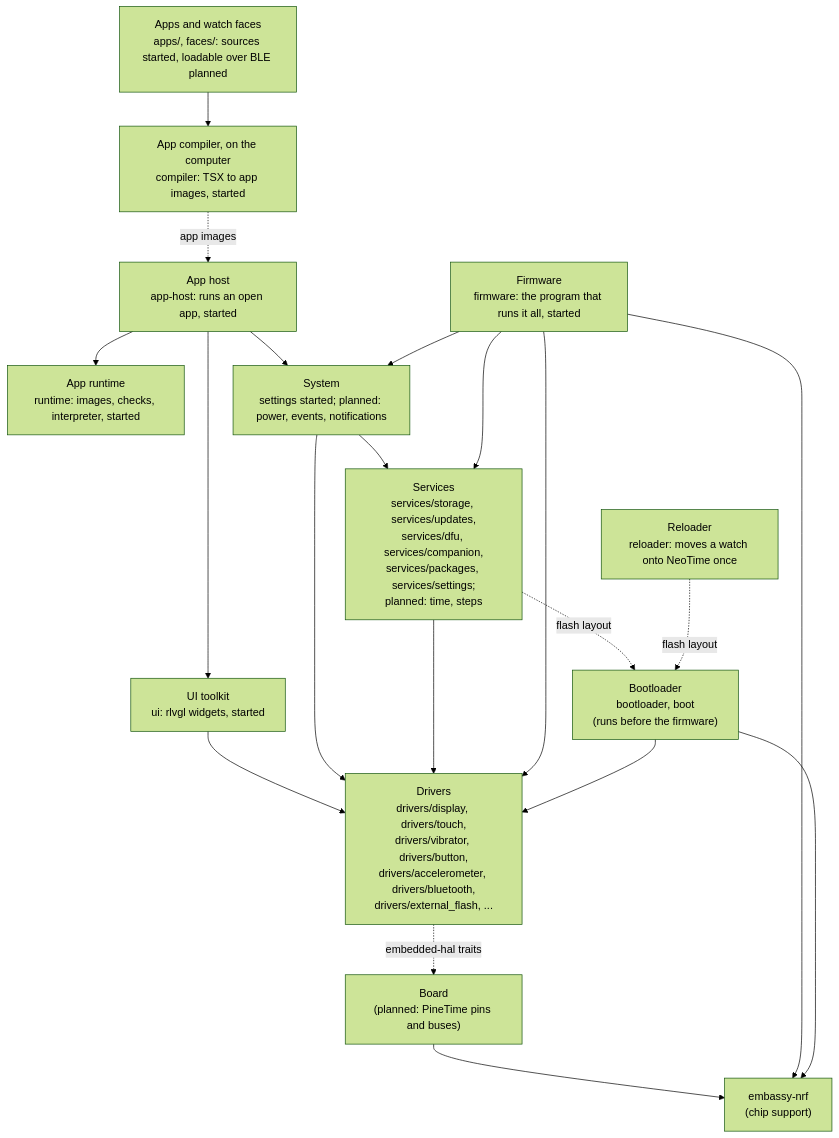
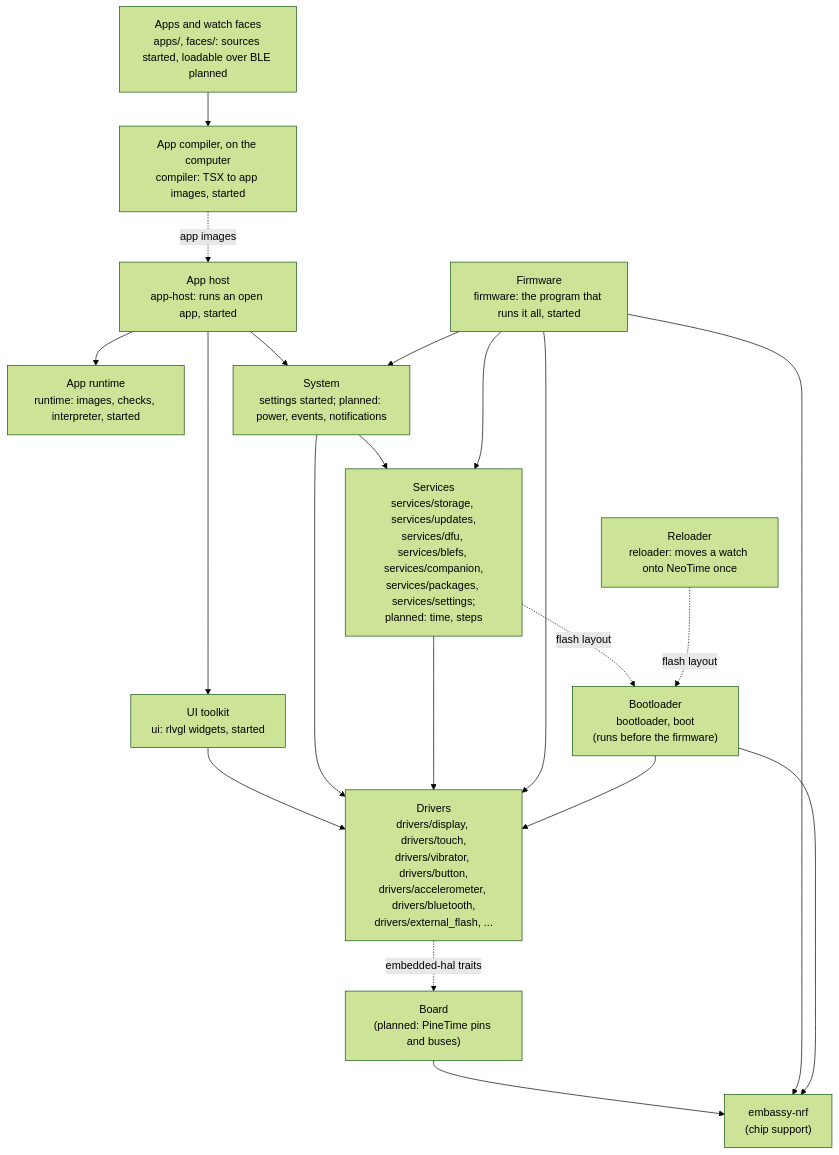
One commit to BeatLink/BattleTime changed the diagram in docs/architecture.md. Above: the diagram before and after it, drawn with Mermaid (forest theme). The commit also changed other lines of this file and 15 other files, not shown here.

Commit message:
feat(blefs): serve InfiniTime's BLEFS file service, so phones read, write, list, move and delete files

````diff
--- a/docs/architecture.md
+++ b/docs/architecture.md
@@ -28,38 +28,38 @@
 ```mermaid
 flowchart TB
     apps["Apps and watch faces<br/>apps/, faces/: sources started, loadable over BLE planned"]
     host["App host<br/>app-host: runs an open app, started"]
     compiler["App compiler, on the computer<br/>compiler: TSX to app images, started"]
     runtime["App runtime<br/>runtime: images, checks, interpreter, started"]
     ui["UI toolkit<br/>ui: rlvgl widgets, started"]
     system["System<br/>settings started; planned: power, events, notifications"]
-    services["Services<br/>services/storage, services/updates,<br/>services/dfu, services/companion,<br/>services/packages, services/settings;<br/>planned: time, steps"]
+    services["Services<br/>services/storage, services/updates,<br/>services/dfu, services/blefs, services/companion,<br/>services/packages, services/settings;<br/>planned: time, steps"]
     drivers["Drivers<br/>drivers/display, drivers/touch,<br/>drivers/vibrator, drivers/button,<br/>drivers/accelerometer, drivers/bluetooth,<br/>drivers/external_flash, ..."]
     board["Board<br/>(planned: PineTime pins and buses)"]
     hal["embassy-nrf<br/>(chip support)"]
 
     apps --> compiler
     compiler -. app images .-> host
     host --> runtime
     host --> ui
     host --> system
     ui --> drivers
     system --> services
     system --> drivers
     services --> drivers
     drivers -. embedded-hal traits .-> board
     board --> hal
 
     firmware["Firmware<br/>firmware: the program that runs it all, started"]
     firmware --> system
     firmware --> services
     firmware --> drivers
     firmware --> hal
 
     bootloader["Bootloader<br/>bootloader, boot<br/>(runs before the firmware)"]
     bootloader --> drivers
     bootloader --> hal
     services -. flash layout .-> bootloader
     reloader["Reloader<br/>reloader: moves a watch onto NeoTime once"]
     reloader -. flash layout .-> bootloader
 ```
````
